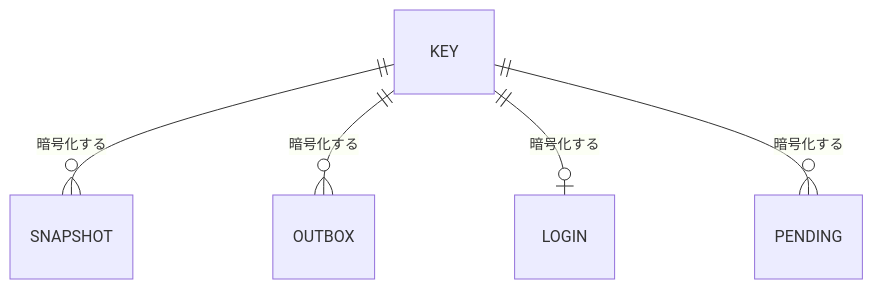
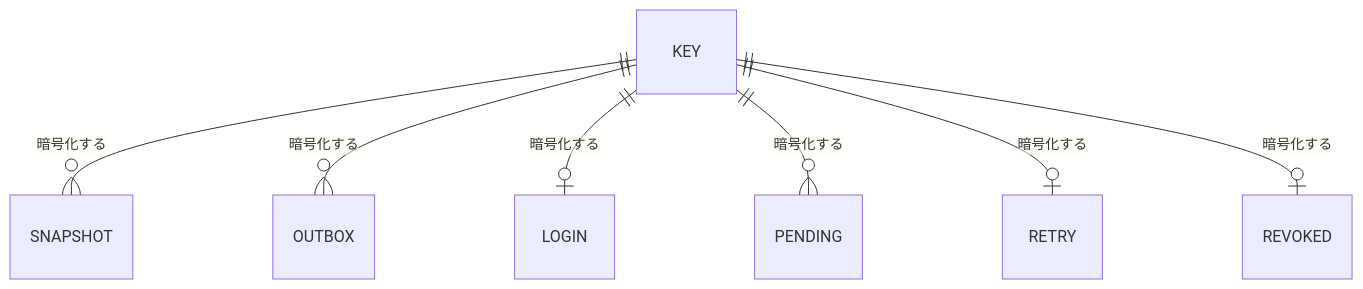
The fourth of 5 diagrams in issues/issue-12-design.md (devbasex/nd-factory), drawn with Mermaid before and after one commit. The commit also changed other lines of this file, not shown here.

````diff
--- a/issues/issue-12-design.md
+++ b/issues/issue-12-design.md
@@ -217,7 +219,9 @@
 ```mermaid
 erDiagram
   KEY ||--o{ SNAPSHOT : 暗号化する
   KEY ||--o{ OUTBOX : 暗号化する
   KEY ||--o| LOGIN : 暗号化する
   KEY ||--o{ PENDING : 暗号化する
+  KEY ||--o| RETRY : 暗号化する
+  KEY ||--o| REVOKED : 暗号化する
 ```
````
